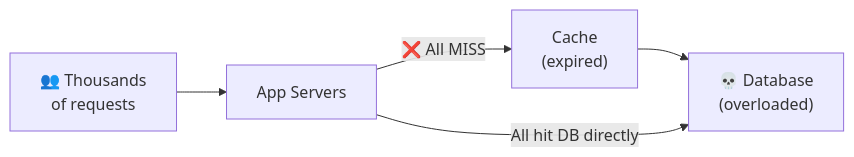
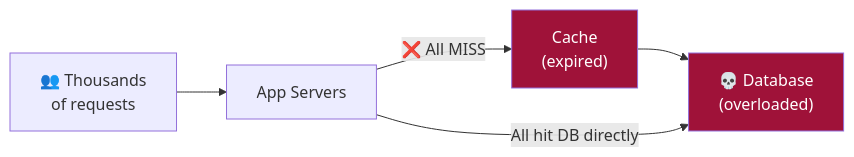
One commit to g-savitha/gsavitha.in changed the eighth of 9 diagrams in src/content/blog/thundering-herd.md. Above: the diagram before and after it, drawn with Mermaid. The commit also changed other lines of this file and 6 other files, not shown here.

Commit message:
Mermaid: restore the original hand-picked palette (AA nudges, rose instead of bright red)

````diff
--- a/src/content/blog/thundering-herd.md
+++ b/src/content/blog/thundering-herd.md
@@ -404,10 +404,10 @@
 ```mermaid
 flowchart LR
     Users["👥 Thousands\nof requests"] --> App["App Servers"]
     App -->|"❌ All MISS"| Cache["Cache\n(expired)"]
     Cache --> DB["💀 Database\n(overloaded)"]
     App -->|"All hit DB directly"| DB
 
-    class Cache danger
-    class DB danger
+    style Cache fill:#9f1239,color:#fff
+    style DB fill:#9f1239,color:#fff
 ```
````
